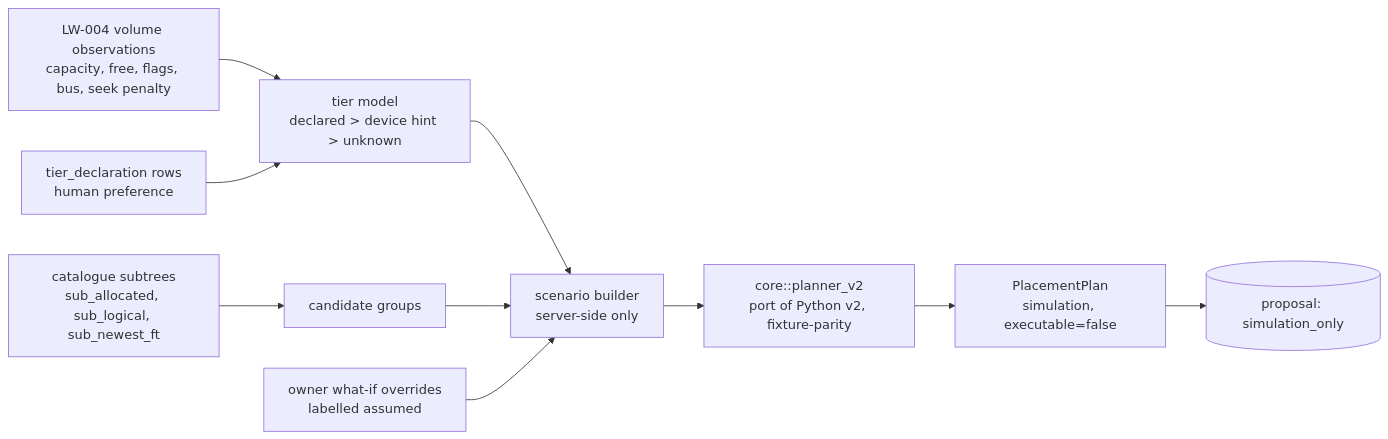
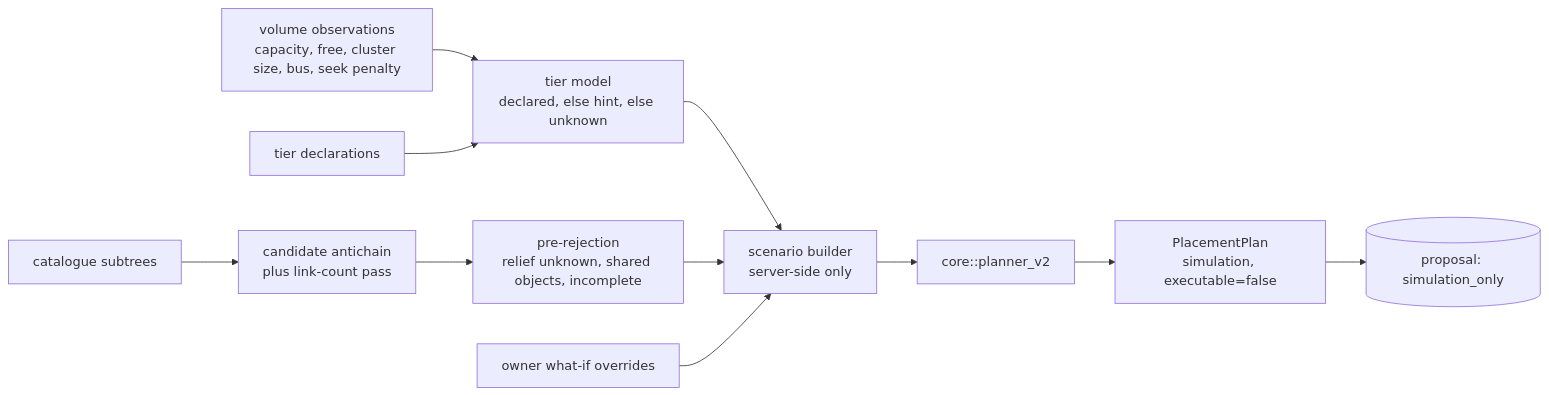
Before and after one commit to Chris0Jeky/Loomward: the fifth of 5 diagrams in docs/41-v03-architecture.md, drawn with Mermaid. The commit also changed other lines of this file and 5 other files, not shown here.

First line of the commit message:
docs(architecture): revision 2 after the cross-vendor review (all 26 findings dispositioned)

````diff
--- a/docs/41-v03-architecture.md
+++ b/docs/41-v03-architecture.md
@@ -623,12 +763,13 @@
 ```mermaid
 flowchart LR
-  vol[LW-004 volume observations<br/>capacity, free, flags, bus, seek penalty] --> tm[tier model<br/>declared > device hint > unknown]
-  decl[tier_declaration rows<br/>human preference] --> tm
-  cat[catalogue subtrees<br/>sub_allocated, sub_logical, sub_newest_ft] --> cand[candidate groups]
+  vol[volume observations<br/>capacity, free, cluster size, bus, seek penalty] --> tm[tier model<br/>declared, else hint, else unknown]
+  decl[tier declarations] --> tm
+  cat[catalogue subtrees] --> cand[candidate antichain<br/>plus link-count pass]
   tm --> scen[scenario builder<br/>server-side only]
-  cand --> scen
-  ovr[owner what-if overrides<br/>labelled assumed] --> scen
-  scen --> v2[core::planner_v2<br/>port of Python v2, fixture-parity]
+  cand --> pre[pre-rejection<br/>relief unknown, shared objects, incomplete]
+  pre --> scen
+  ovr[owner what-if overrides] --> scen
+  scen --> v2[core::planner_v2]
   v2 --> plan[PlacementPlan<br/>simulation, executable=false]
   plan --> prop[(proposal: simulation_only)]
 ```
````
